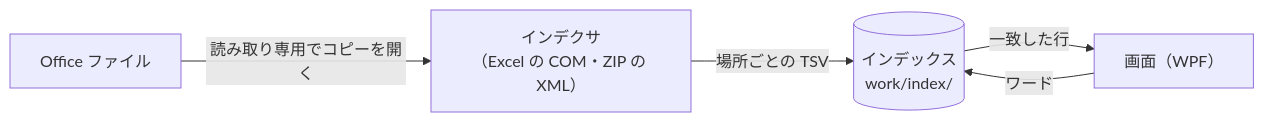
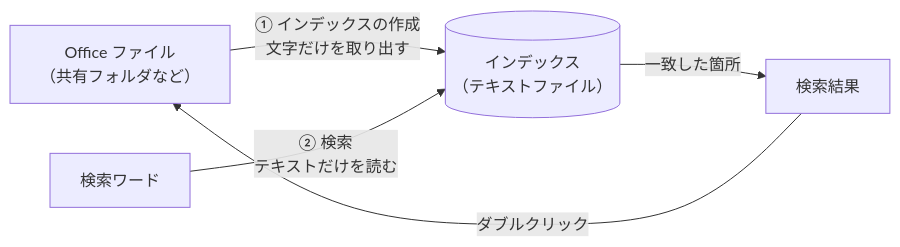
One commit to hsgwa/tebunko changed the diagram in README.md. Above: the diagram before and after it, drawn with Mermaid. The commit also changed other lines of this file, not shown here.

````diff
--- a/README.md
+++ b/README.md
@@ -121,7 +123,7 @@
 ```mermaid
 flowchart LR
-    A["Office ファイル"] -->|"読み取り専用でコピーを開く"| B["インデクサ<br>（Excel の COM・ZIP の XML）"]
-    B -->|"場所ごとの TSV"| C[("インデックス<br>work/index/")]
-    D["画面（WPF）"] -->|"ワード"| C
-    C -->|"一致した行"| D
+    A["Office ファイル<br>（共有フォルダなど）"] -->|"① インデックスの作成<br>文字だけを取り出す"| B[("インデックス<br>（テキストファイル）")]
+    C["検索ワード"] -->|"② 検索<br>テキストだけを読む"| B
+    B -->|"一致した箇所"| D["検索結果"]
+    D -->|"ダブルクリック"| A
 ```
````
